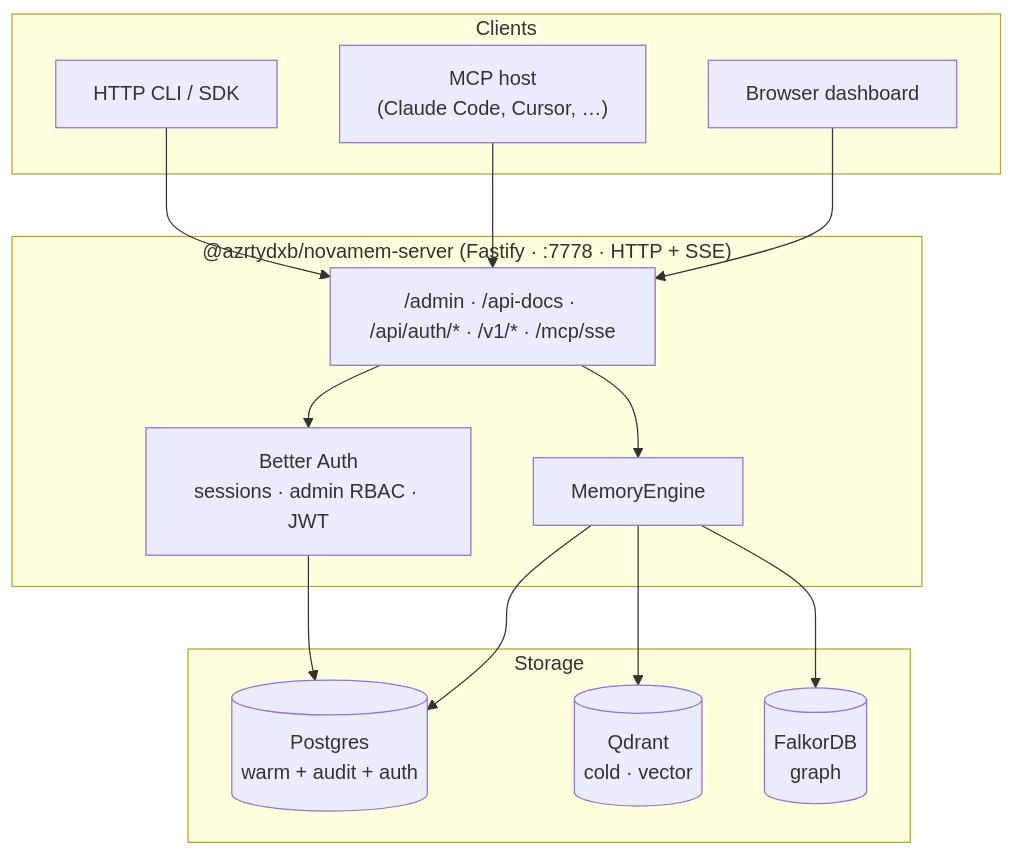
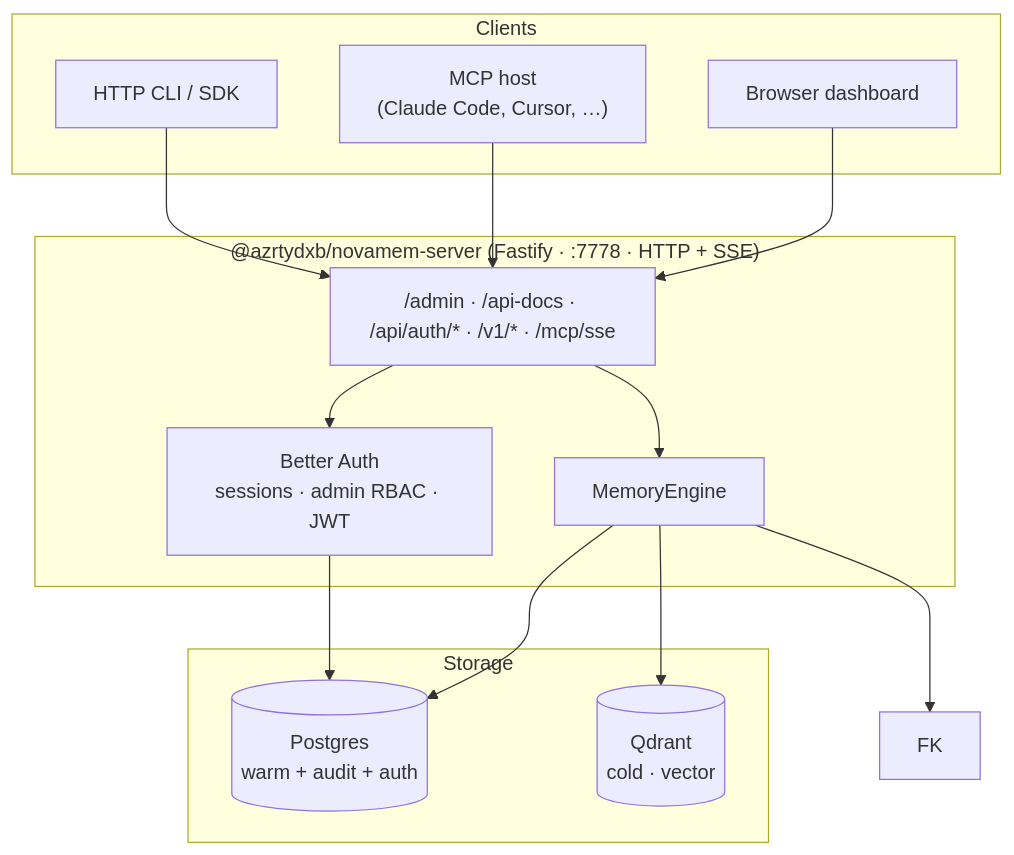
Before and after one commit to azrtydxb/novamem: the first of 4 diagrams in docs/architecture.md, drawn with Mermaid. The commit also changed other lines of this file and 50 other files, not shown here.

````diff
--- a/docs/architecture.md
+++ b/docs/architecture.md
@@ -7,30 +7,29 @@
 ```mermaid
 flowchart TB
     subgraph clients["Clients"]
         DASH["Browser dashboard"]
         MCP["MCP host<br/>(Claude Code, Cursor, …)"]
         CLI["HTTP CLI / SDK"]
     end
 
     subgraph server["@azrtydxb/novamem-server (Fastify · :7778 · HTTP + SSE)"]
         ROUTES["/admin · /api-docs · /api/auth/* · /v1/* · /mcp/sse"]
         ENGINE["MemoryEngine"]
         BA["Better Auth<br/>sessions · admin RBAC · JWT"]
         ROUTES --> ENGINE
         ROUTES --> BA
     end
 
     subgraph stores["Storage"]
         PG[("Postgres<br/>warm + audit + auth")]
         QD[("Qdrant<br/>cold · vector")]
-        FK[("FalkorDB<br/>graph")]
     end
 
     DASH --> ROUTES
     MCP --> ROUTES
     CLI --> ROUTES
     ENGINE --> PG
     ENGINE --> QD
     ENGINE --> FK
     BA --> PG
 ```
````
